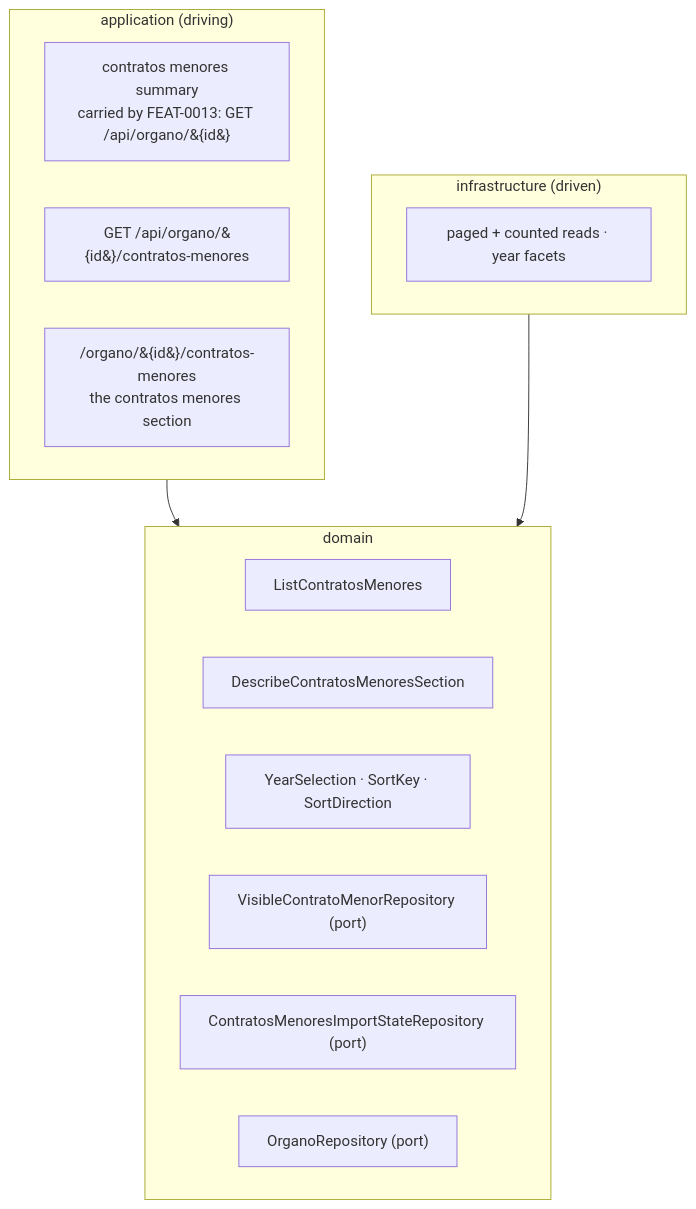
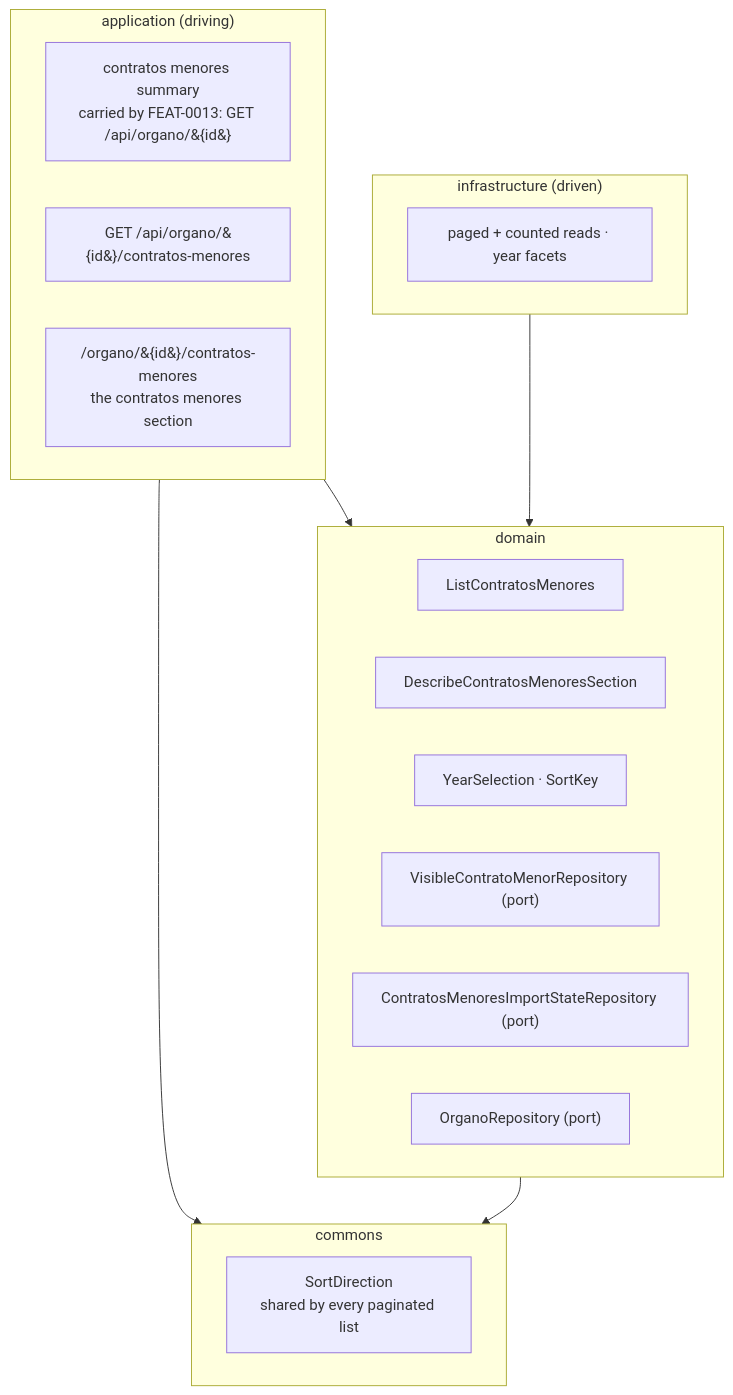
The diagram in docs/features/FEAT-0011-contratos-menores-browsing/README.md (earelin/conxugal), drawn with Mermaid before and after one commit. The commit also changed other lines of this file and 7 other files, not shown here.

First line of the commit message:
refactor: move SortDirection into a shared commons pagination package

````diff
--- a/docs/features/FEAT-0011-contratos-menores-browsing/README.md
+++ b/docs/features/FEAT-0011-contratos-menores-browsing/README.md
@@ -137,24 +137,30 @@
 ```mermaid
 flowchart TB
     subgraph application["application (driving)"]
         direction LR
         summaryPort["contratos menores summary<br/>carried by FEAT-0013: GET /api/organo/&#123;id&#125;"]
         listApi["GET /api/organo/&#123;id&#125;/contratos-menores"]
         sectionUi["/organo/&#123;id&#125;/contratos-menores<br/>the contratos menores section"]
     end
     subgraph domain["domain"]
         direction LR
         listUc["ListContratosMenores"]
         resumoUc["DescribeContratosMenoresSection"]
-        selection["YearSelection · SortKey · SortDirection"]
+        selection["YearSelection · SortKey"]
         contratoRepo["VisibleContratoMenorRepository (port)"]
         stateRepo["ContratosMenoresImportStateRepository (port)"]
         organoRepo["OrganoRepository (port)"]
     end
     subgraph infrastructure["infrastructure (driven)"]
         direction LR
         jdbcReads["paged + counted reads · year facets"]
     end
+    subgraph commons["commons"]
+        direction LR
+        sortDirection["SortDirection<br/>shared by every paginated list"]
+    end
     application --> domain
     infrastructure --> domain
+    application --> commons
+    domain --> commons
 ```
````
